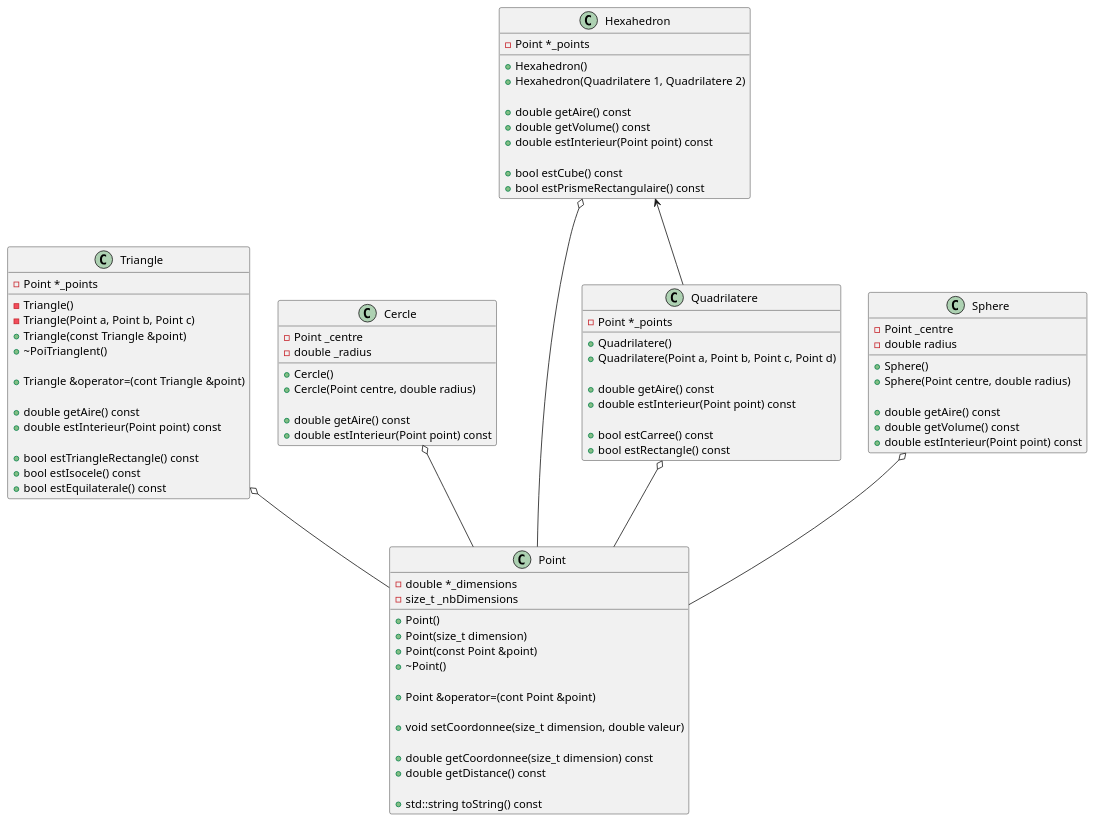
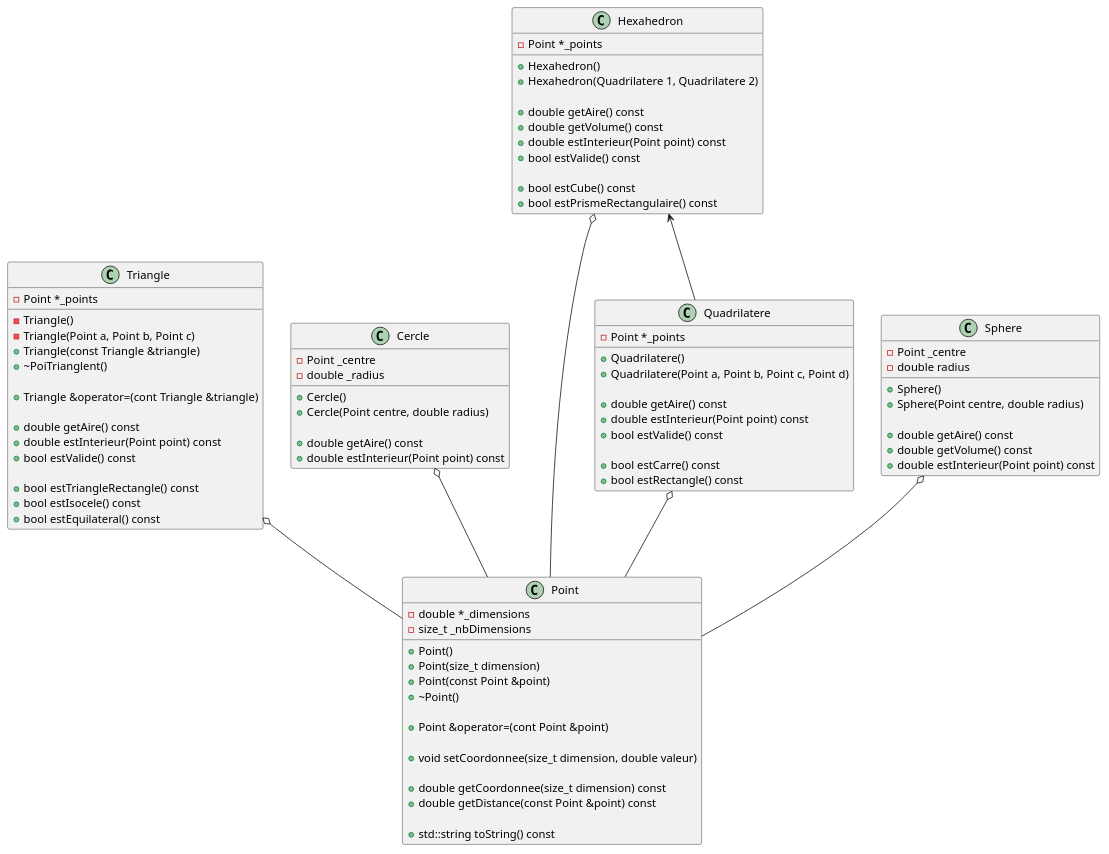
One commit to plbrault/420-SF2-RE changed the first of 2 diagrams in laboratoires/lab03-oop2/consignes/lab03.md. Above: the diagram before and after it, drawn with PlantUML. The commit also changed other lines of this file, not shown here.

Commit message:
Corrections d'erreurs (review)
Correction du schéma et de quelques parties descriptif.

```diff
--- a/laboratoires/lab03-oop2/consignes/lab03.md
+++ b/laboratoires/lab03-oop2/consignes/lab03.md
@@ -37,7 +37,7 @@
     + void setCoordonnee(size_t dimension, double valeur)
 
     + double getCoordonnee(size_t dimension) const
-    + double getDistance() const
+    + double getDistance(const Point &point) const
 
     + std::string toString() const
 }
@@ -47,17 +47,18 @@
     
     - Triangle()
     - Triangle(Point a, Point b, Point c)
-    + Triangle(const Triangle &point)
+    + Triangle(const Triangle &triangle)
     + ~PoiTrianglent()
 
-    + Triangle &operator=(cont Triangle &point)
+    + Triangle &operator=(cont Triangle &triangle)
 
     + double getAire() const
     + double estInterieur(Point point) const
+    + bool estValide() const
 
     + bool estTriangleRectangle() const
     + bool estIsocele() const
-    + bool estEquilaterale() const
+    + bool estEquilateral() const
 }
 
 class Cercle {
@@ -79,8 +80,9 @@
 
     + double getAire() const
     + double estInterieur(Point point) const
+    + bool estValide() const
 
-    + bool estCarree() const
+    + bool estCarre() const
     + bool estRectangle() const
 }
 
@@ -105,6 +107,7 @@
     + double getAire() const
     + double getVolume() const
     + double estInterieur(Point point) const
+    + bool estValide() const
 
     + bool estCube() const
     + bool estPrismeRectangulaire() const
```
